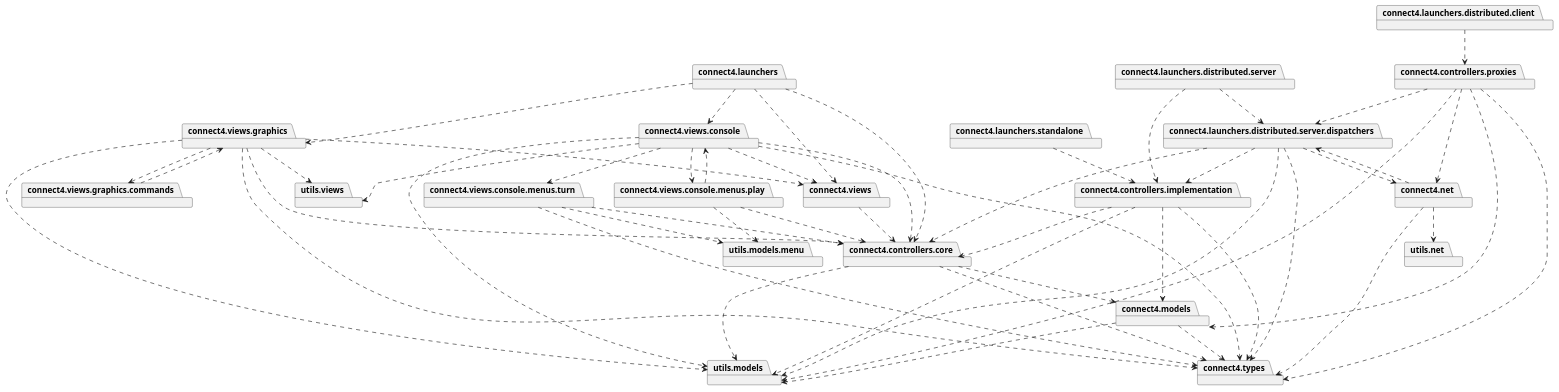
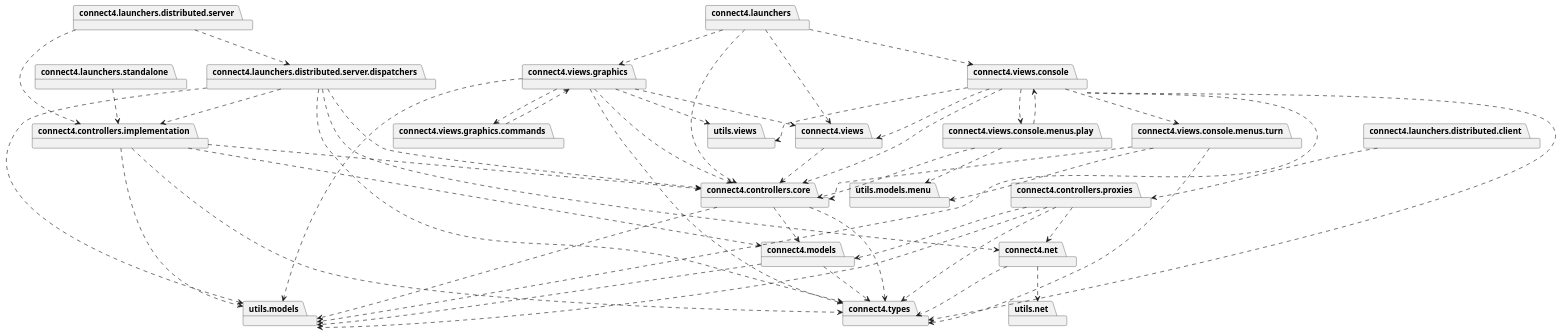
The diagram in connect4/Docs/diagrams/src/packages/packageDiagramDistributed.plantuml (js-rom/connect4), drawn with PlantUML before and after one commit. The commit also changed 8 other files, not shown here.

```diff
--- a/connect4/Docs/diagrams/src/packages/packageDiagramDistributed.plantuml
+++ b/connect4/Docs/diagrams/src/packages/packageDiagramDistributed.plantuml
@@ -1,92 +1,90 @@
 @startuml
 
 package connect4.launchers
 package connect4.controllers.core
 package connect4.views
 package connect4.views.console
 package connect4.views.graphics
 
 connect4.launchers ..> connect4.controllers.core
 connect4.launchers ..> connect4.views
 connect4.launchers ..> connect4.views.console
 connect4.launchers ..> connect4.views.graphics
 
 package connect4.launchers.standalone
 package connect4.controllers.implementation
 connect4.launchers.standalone ..> connect4.controllers.implementation
 
 package connect4.launchers.distributed.client
 package connect4.controllers.proxies
 connect4.launchers.distributed.client ..> connect4.controllers.proxies
 
 package connect4.launchers.distributed.server
 package connect4.launchers.distributed.server.dispatchers
 connect4.launchers.distributed.server ..> connect4.launchers.distributed.server.dispatchers
 connect4.launchers.distributed.server ..> connect4.controllers.implementation
 package connect4.types
 package utils.models
 package connect4.controllers.core
 connect4.launchers.distributed.server.dispatchers ..> connect4.controllers.implementation
 connect4.launchers.distributed.server.dispatchers ..> connect4.types
 connect4.launchers.distributed.server.dispatchers ..> utils.models
 connect4.launchers.distributed.server.dispatchers ..> connect4.controllers.core
 package connect4.net
 connect4.launchers.distributed.server.dispatchers ..> connect4.net
 
 package connect4.models
 connect4.models ..> connect4.types
 connect4.models ..> utils.models
 
 
 connect4.net ..> connect4.types
-connect4.net ..> connect4.launchers.distributed.server.dispatchers
 package utils.net
 connect4.net ..> utils.net
 
 package connect4.controllers.core
 connect4.controllers.core ..> connect4.types
 connect4.controllers.core ..> connect4.models
 connect4.controllers.core ..> utils.models
 
 connect4.controllers.implementation ..> connect4.controllers.core
 connect4.controllers.implementation ..> connect4.models
 connect4.controllers.implementation ..> connect4.types
 connect4.controllers.implementation ..> utils.models
 
 connect4.controllers.proxies ..> connect4.types
 connect4.controllers.proxies ..> connect4.net
-connect4.controllers.proxies ..> connect4.launchers.distributed.server.dispatchers
 connect4.controllers.proxies ..> utils.models
 connect4.controllers.proxies ..> connect4.models
 
 connect4.views ..> connect4.controllers.core
 connect4.views.console ..> connect4.controllers.core
 connect4.views.console ..> connect4.views
 connect4.views.console ..> utils.models
 package utils.views
 connect4.views.console ..> utils.views
 connect4.views.console ..> connect4.types
 package connect4.views.console.menus.play
 package connect4.views.console.menus.turn
 connect4.views.console ..> connect4.views.console.menus.play
 connect4.views.console ..> connect4.views.console.menus.turn
 connect4.views.console.menus.play ..> connect4.controllers.core
 connect4.views.console.menus.play ..> connect4.views.console
 package utils.models.menu
 connect4.views.console.menus.play ..> utils.models.menu
 connect4.views.console.menus.turn ..> connect4.controllers.core
 connect4.views.console.menus.turn ..> utils.models.menu
 connect4.views.console.menus.turn ..> connect4.types
 
 connect4.views.graphics ..> connect4.controllers.core
 connect4.views.graphics ..> connect4.types
 connect4.views.graphics ..> utils.models
 connect4.views.graphics ..> connect4.views
 connect4.views.graphics ..> utils.views
 package connect4.views.graphics.commands
 connect4.views.graphics ..> connect4.views.graphics.commands
 
 connect4.views.graphics.commands ..> connect4.views.graphics
 
 
 @enduml
```
